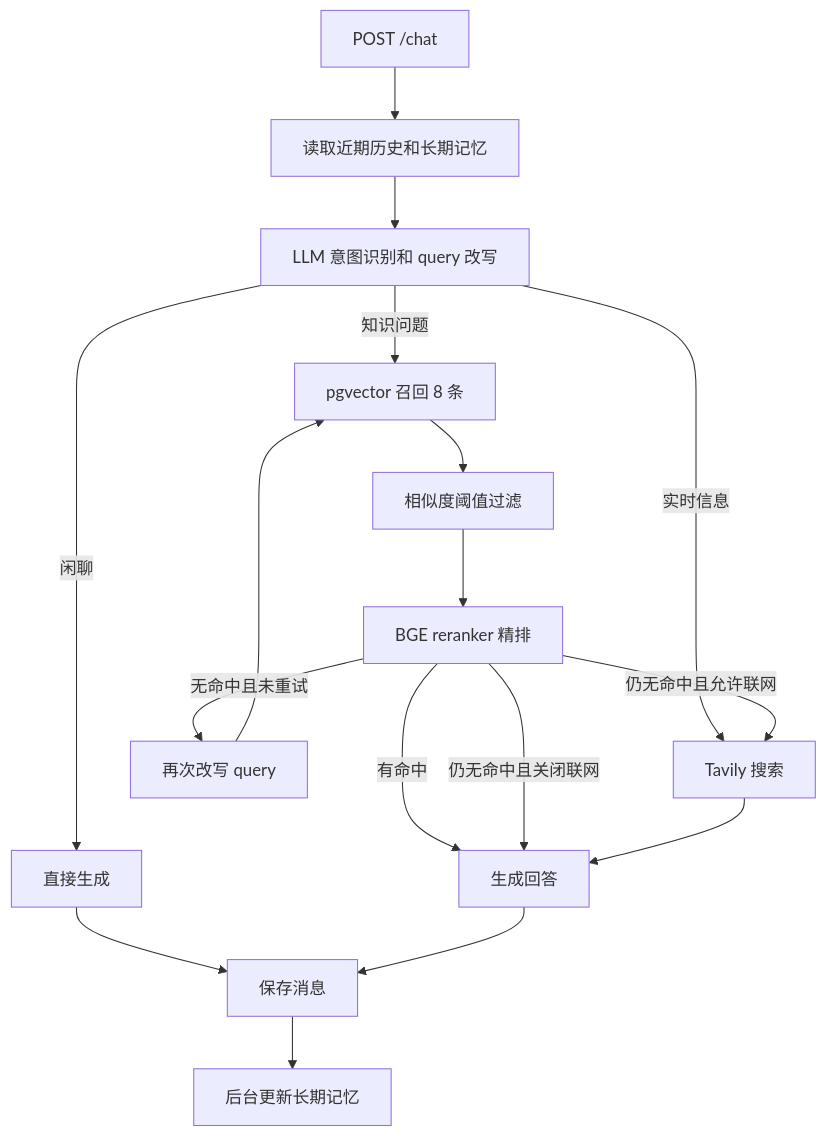
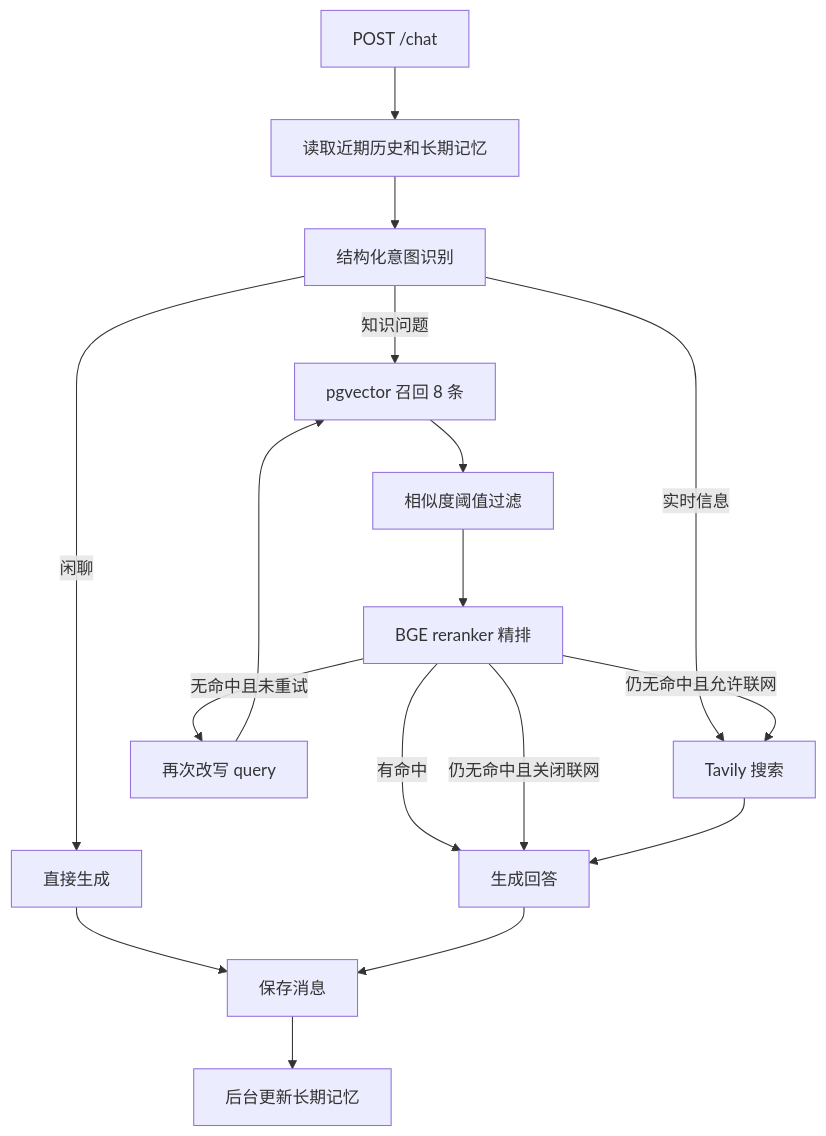
One commit to fengzi2517/zhiyuan changed the second of 2 diagrams in docs/代码梳理与优化建议.md. Above: the diagram before and after it, drawn with Mermaid. The commit also changed other lines of this file and 7 other files, not shown here.

````diff
--- a/docs/代码梳理与优化建议.md
+++ b/docs/代码梳理与优化建议.md
@@ -57,19 +58,19 @@
 ```mermaid
 flowchart TD
     A[POST /chat] --> B[读取近期历史和长期记忆]
-    B --> C[LLM 意图识别和 query 改写]
+    B --> C[结构化意图识别]
     C -->|闲聊| D[直接生成]
     C -->|实时信息| E[Tavily 搜索]
     C -->|知识问题| F[pgvector 召回 8 条]
     F --> G[相似度阈值过滤]
     G --> H[BGE reranker 精排]
     H -->|有命中| I[生成回答]
     H -->|无命中且未重试| J[再次改写 query]
     J --> F
     H -->|仍无命中且允许联网| E
     H -->|仍无命中且关闭联网| I
     E --> I
     D --> K[保存消息]
     I --> K
     K --> L[后台更新长期记忆]
 ```
````
